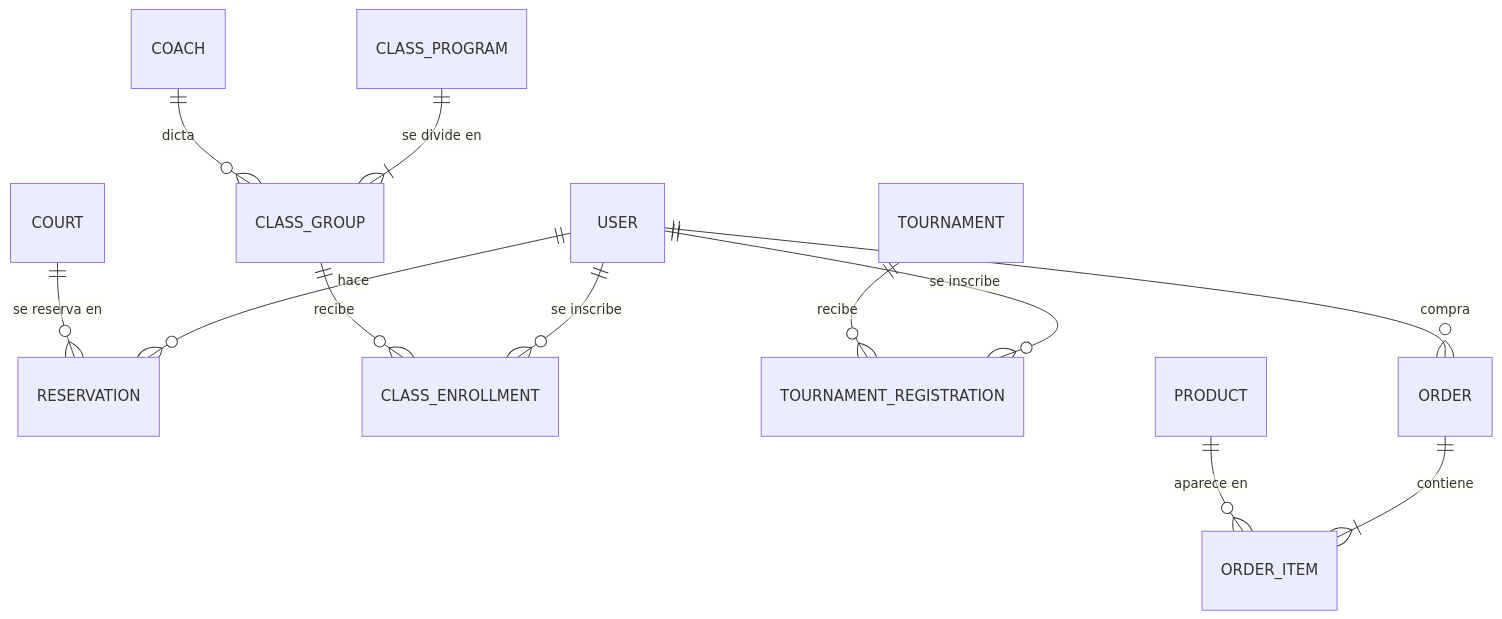
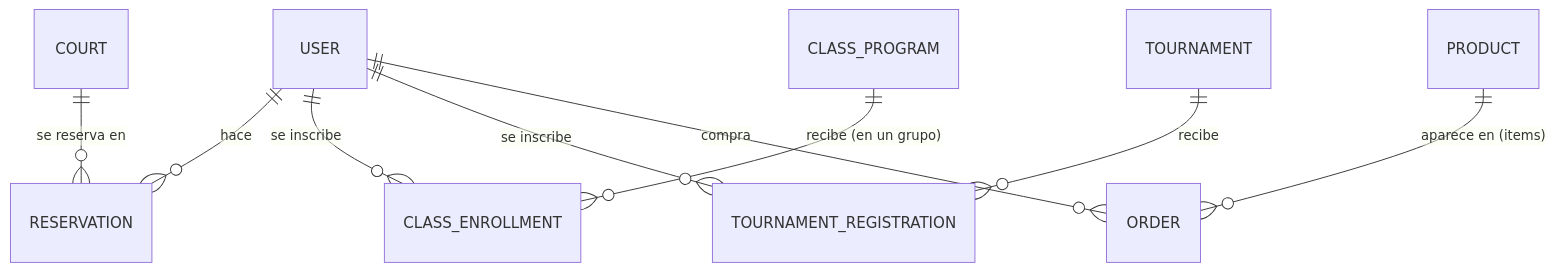
Before and after one commit to Dairaa2608/backend-padel: the diagram in backend/README.md, drawn with Mermaid. The commit also changed other lines of this file and 23 other files, not shown here.

````diff
--- a/backend/README.md
+++ b/backend/README.md
@@ -67,14 +83,11 @@
 ```mermaid
 erDiagram
     USER ||--o{ RESERVATION : hace
     COURT ||--o{ RESERVATION : "se reserva en"
     USER ||--o{ CLASS_ENROLLMENT : "se inscribe"
-    CLASS_GROUP ||--o{ CLASS_ENROLLMENT : recibe
-    CLASS_PROGRAM ||--|{ CLASS_GROUP : "se divide en"
-    COACH ||--o{ CLASS_GROUP : dicta
+    CLASS_PROGRAM ||--o{ CLASS_ENROLLMENT : "recibe (en un grupo)"
     USER ||--o{ TOURNAMENT_REGISTRATION : "se inscribe"
     TOURNAMENT ||--o{ TOURNAMENT_REGISTRATION : recibe
     USER ||--o{ ORDER : compra
-    ORDER ||--|{ ORDER_ITEM : contiene
-    PRODUCT ||--o{ ORDER_ITEM : "aparece en"
+    PRODUCT ||--o{ ORDER : "aparece en (items)"
 ```
````
